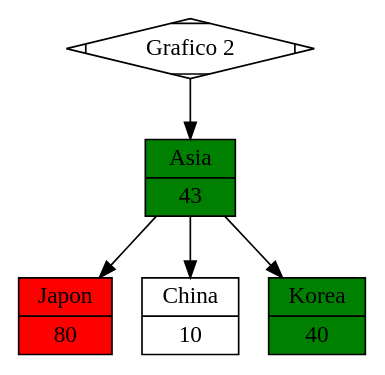
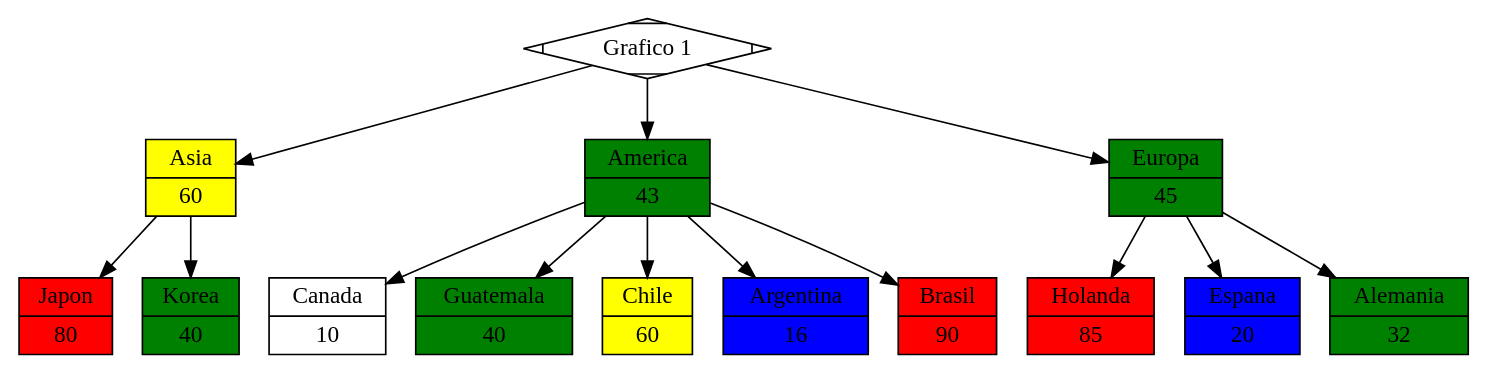
One commit to OmarLetona14/-LFP-Project1 changed the diagram in bin/Debug/Grafico.dot. Above: the diagram before and after it, drawn with Graphviz. The commit also changed 18 other files, not shown here.

```diff
--- a/bin/Debug/Grafico.dot
+++ b/bin/Debug/Grafico.dot
@@ -1,11 +1,29 @@
 digraph G {
-start[shape=Mdiamond label="Grafico 2"];
+start[shape=Mdiamond label="Grafico 1"];
 start->Asia;
-Asia[shape=record label="{Asia|43}" style=filled fillcolor=green];
+Asia[shape=record label="{Asia|60}" style=filled fillcolor=yellow];
 Asia->Japon;
 Japon[shape=record label="{Japon|80}" style=filled fillcolor=red];
-Asia->China;
-China[shape=record label="{China|10}" style=filled fillcolor=white];
 Asia->Korea;
 Korea[shape=record label="{Korea|40}" style=filled fillcolor=green];
+start->America;
+America[shape=record label="{America|43}" style=filled fillcolor=green];
+America->Canada;
+Canada[shape=record label="{Canada|10}" style=filled fillcolor=white];
+America->Guatemala;
+Guatemala[shape=record label="{Guatemala|40}" style=filled fillcolor=green];
+America->Chile;
+Chile[shape=record label="{Chile|60}" style=filled fillcolor=yellow];
+America->Argentina;
+Argentina[shape=record label="{Argentina|16}" style=filled fillcolor=blue];
+America->Brasil;
+Brasil[shape=record label="{Brasil|90}" style=filled fillcolor=red];
+start->Europa;
+Europa[shape=record label="{Europa|45}" style=filled fillcolor=green];
+Europa->Holanda;
+Holanda[shape=record label="{Holanda|85}" style=filled fillcolor=red];
+Europa->Espana;
+Espana[shape=record label="{Espana|20}" style=filled fillcolor=blue];
+Europa->Alemania;
+Alemania[shape=record label="{Alemania|32}" style=filled fillcolor=green];
 }
```
